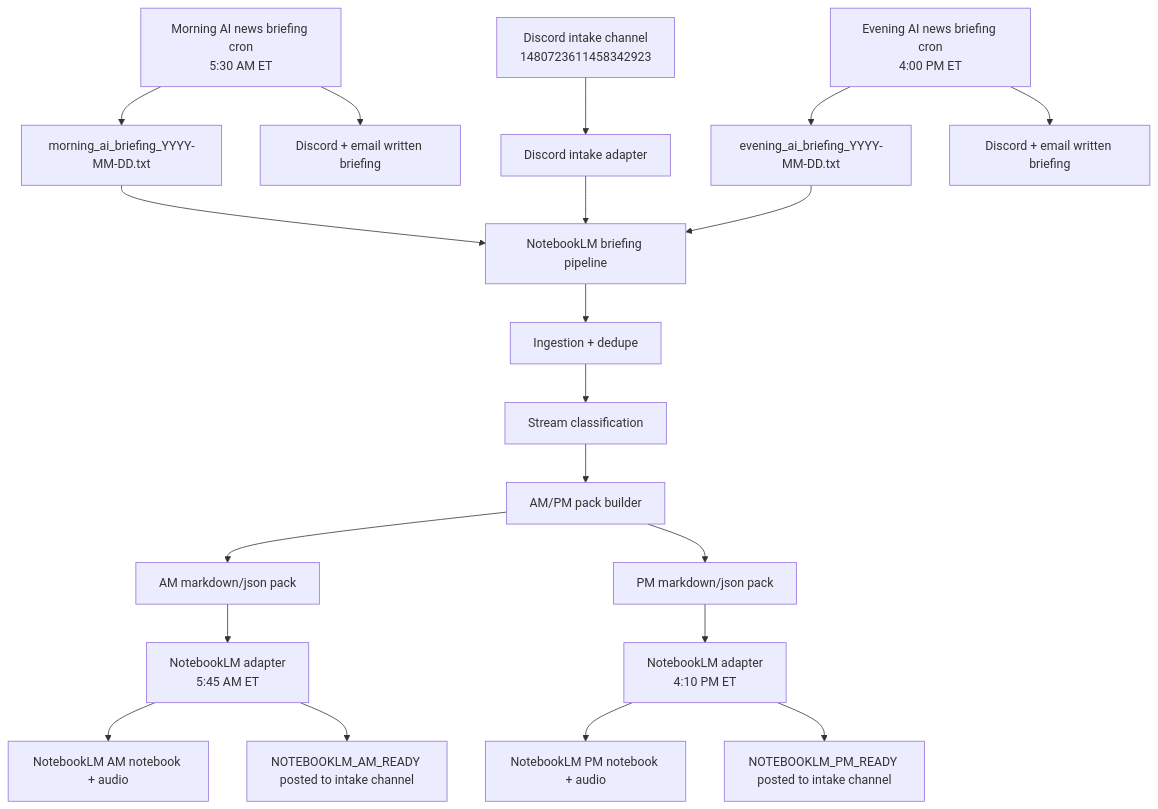
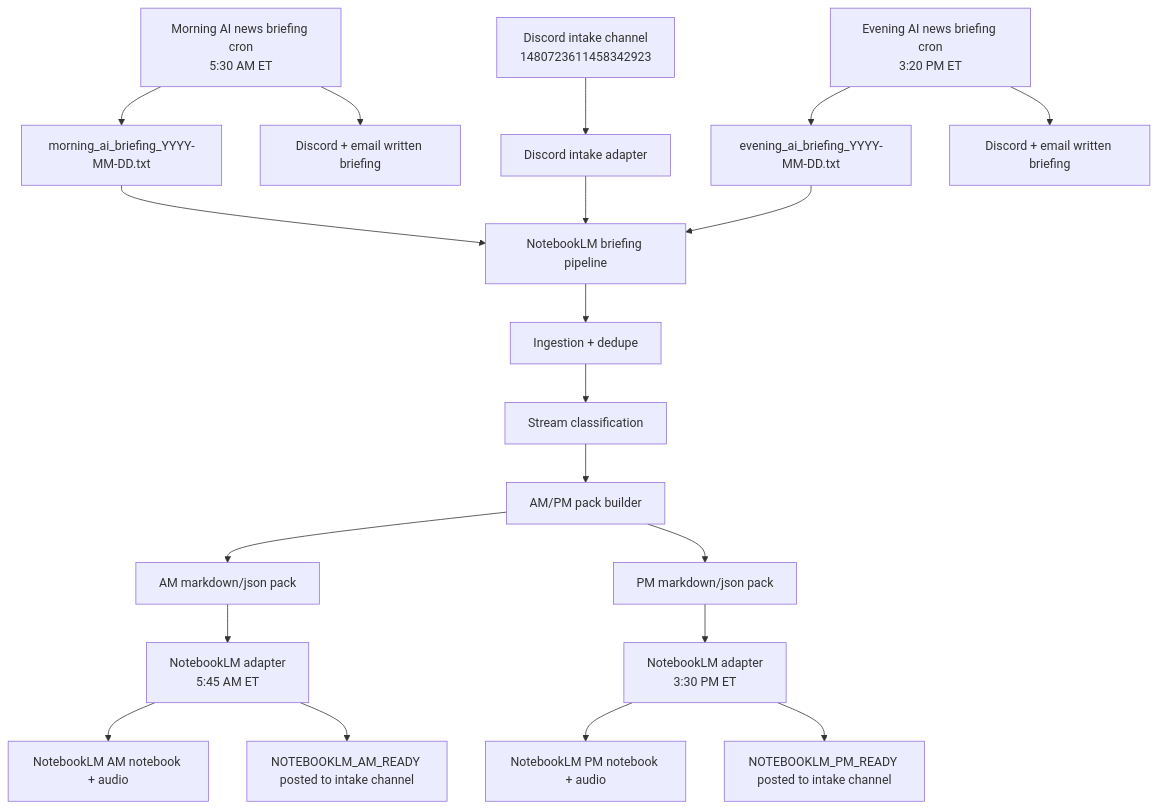
Before and after one commit to ashbhati/podcast-pipeline: the diagram in notebooklm-briefing-pipeline/AUTOMATION_REFERENCE.md, drawn with Mermaid. The commit also changed other lines of this file and 3 other files, not shown here.

Commit message:
Move evening briefing schedule earlier

````diff
--- a/notebooklm-briefing-pipeline/AUTOMATION_REFERENCE.md
+++ b/notebooklm-briefing-pipeline/AUTOMATION_REFERENCE.md
@@ -45,27 +45,27 @@
 ```mermaid
 flowchart TD
     A[Morning AI news briefing cron\n5:30 AM ET] --> B[morning_ai_briefing_YYYY-MM-DD.txt]
-    C[Evening AI news briefing cron\n4:00 PM ET] --> D[evening_ai_briefing_YYYY-MM-DD.txt]
+    C[Evening AI news briefing cron\n3:20 PM ET] --> D[evening_ai_briefing_YYYY-MM-DD.txt]
     E[Discord intake channel\n1480723611458342923] --> F[Discord intake adapter]
 
     B --> G[NotebookLM briefing pipeline]
     D --> G
     F --> G
 
     G --> H[Ingestion + dedupe]
     H --> I[Stream classification]
     I --> J[AM/PM pack builder]
     J --> K[AM markdown/json pack]
     J --> L[PM markdown/json pack]
 
     K --> M[NotebookLM adapter\n5:45 AM ET]
-    L --> N[NotebookLM adapter\n4:10 PM ET]
+    L --> N[NotebookLM adapter\n3:30 PM ET]
 
     M --> O[NotebookLM AM notebook + audio]
     N --> P[NotebookLM PM notebook + audio]
 
     A --> Q[Discord + email written briefing]
     C --> R[Discord + email written briefing]
     M --> S[NOTEBOOKLM_AM_READY posted to intake channel]
     N --> T[NOTEBOOKLM_PM_READY posted to intake channel]
 ```
````
